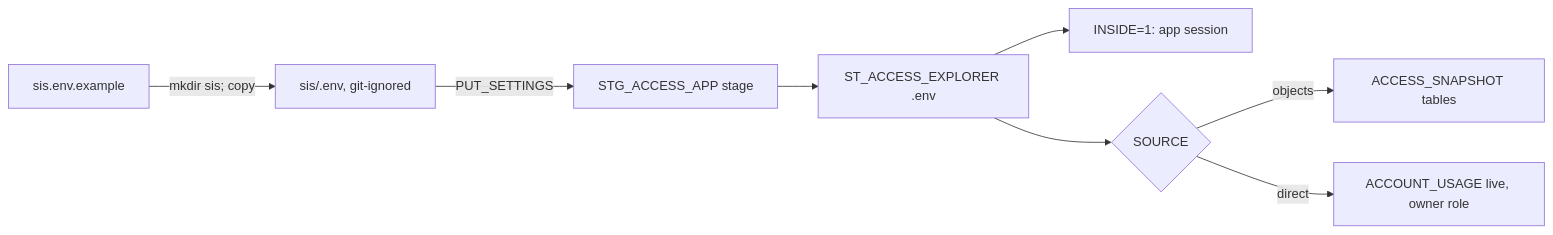
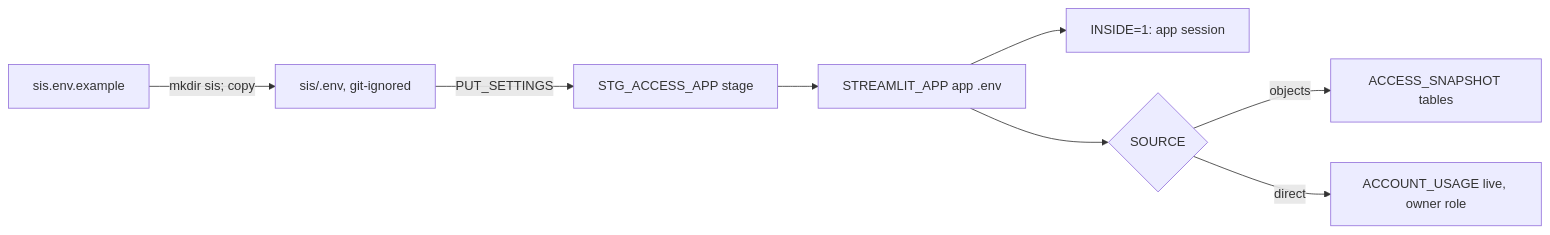
The diagram in snowflake-access-explorer-knowledge-graph/documents/sis-env-example.md (darshanmeel/snowflake-access-explorer), drawn with Mermaid before and after one commit. The commit also changed other lines of this file and 67 other files, not shown here.

Commit message:
Knowledge graph: QUERY_TAG and STREAMLIT_APP settings, run_sql.py fallback, access.py line refs after 4386 corrected

````diff
--- a/snowflake-access-explorer-knowledge-graph/documents/sis-env-example.md
+++ b/snowflake-access-explorer-knowledge-graph/documents/sis-env-example.md
@@ -4,10 +4,10 @@
 ```mermaid
 flowchart LR
   T[sis.env.example] -->|mkdir sis; copy| E[sis/.env, git-ignored]
   E -->|PUT_SETTINGS| STG[STG_ACCESS_APP stage]
-  STG --> APP[ST_ACCESS_EXPLORER .env]
+  STG --> APP[STREAMLIT_APP app .env]
   APP --> I[INSIDE=1: app session]
   APP --> S{SOURCE}
   S -->|objects| O[ACCESS_SNAPSHOT tables]
   S -->|direct| D[ACCOUNT_USAGE live, owner role]
 ```
````
